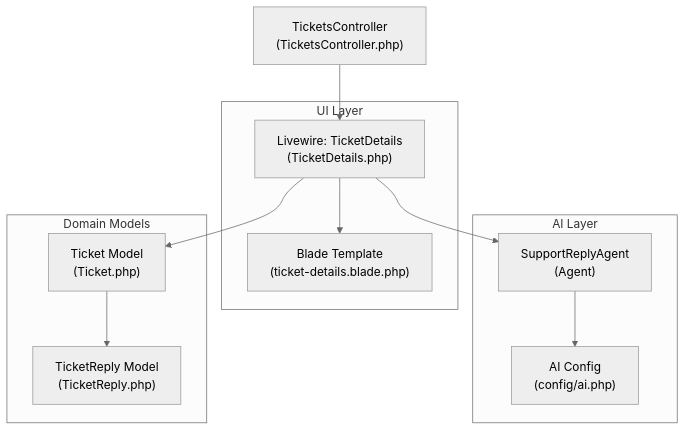
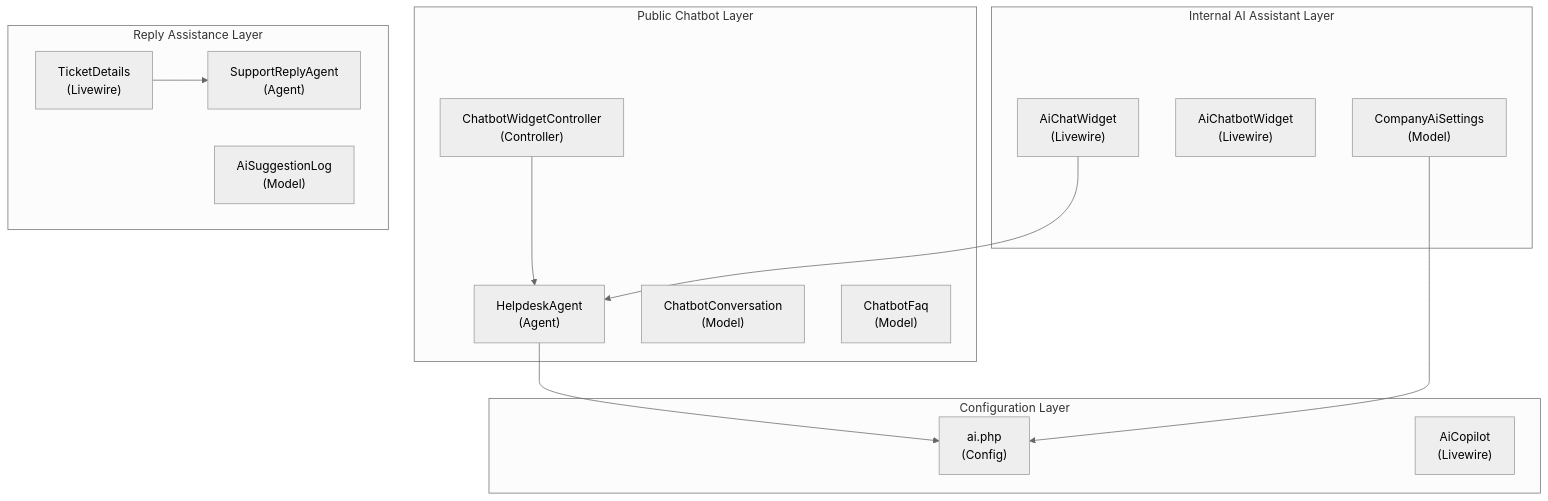
Before and after one commit to younesgamer68/helpdesk-system: the first of 8 diagrams in .qoder/repowiki/en/content/AI Integration/AI Integration.md, drawn with Mermaid (neutral theme). The commit also changed other lines of this file and 210 other files, not shown here.

````diff
--- a/.qoder/repowiki/en/content/AI Integration/AI Integration.md
+++ b/.qoder/repowiki/en/content/AI Integration/AI Integration.md
@@ -38,22 +58,28 @@
 ```mermaid
 graph TB
-subgraph "AI Layer"
-A["SupportReplyAgent<br/>(Agent)"]
-CFG["AI Config<br/>(config/ai.php)"]
+subgraph "Public Chatbot Layer"
+A["HelpdeskAgent<br/>(Agent)"]
+B["ChatbotWidgetController<br/>(Controller)"]
+C["ChatbotConversation<br/>(Model)"]
+D["ChatbotFaq<br/>(Model)"]
 end
-subgraph "UI Layer"
-LD["Livewire: TicketDetails<br/>(TicketDetails.php)"]
-BLADE["Blade Template<br/>(ticket-details.blade.php)"]
+subgraph "Internal AI Assistant Layer"
+E["AiChatWidget<br/>(Livewire)"]
+F["AiChatbotWidget<br/>(Livewire)"]
+G["CompanyAiSettings<br/>(Model)"]
 end
-subgraph "Domain Models"
-TICKET["Ticket Model<br/>(Ticket.php)"]
-REPLY["TicketReply Model<br/>(TicketReply.php)"]
+subgraph "Reply Assistance Layer"
+H["SupportReplyAgent<br/>(Agent)"]
+I["TicketDetails<br/>(Livewire)"]
+J["AiSuggestionLog<br/>(Model)"]
 end
-CTRL["TicketsController<br/>(TicketsController.php)"]
-CTRL --> LD
-LD --> BLADE
-LD --> A
-A --> CFG
-LD --> TICKET
-TICKET --> REPLY
+subgraph "Configuration Layer"
+K["ai.php<br/>(Config)"]
+L["AiCopilot<br/>(Livewire)"]
+end
+B --> A
+E --> A
+I --> H
+A --> K
+G --> K
 ```
````
